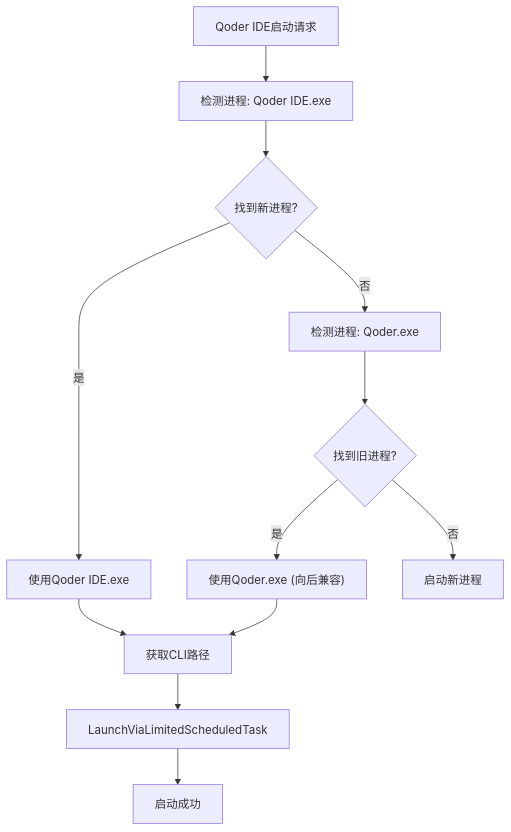
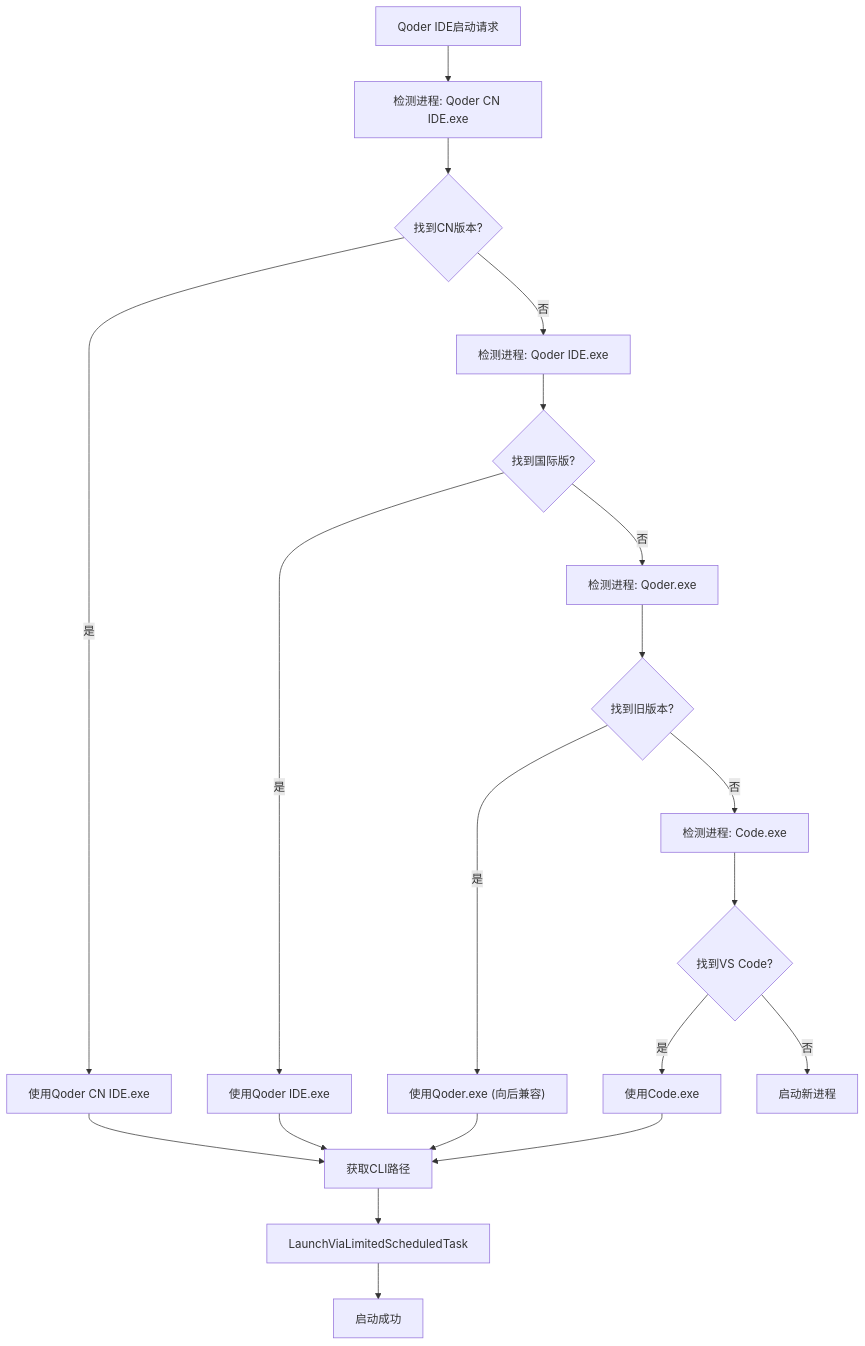
The fourth of 12 diagrams in .qoder/repowiki/zh/content/核心功能/应用程序控制.md (wangys-123doit/hotkey), drawn with Mermaid before and after one commit. The commit also changed other lines of this file and 4 other files, not shown here.

````diff
--- a/.qoder/repowiki/zh/content/核心功能/应用程序控制.md
+++ b/.qoder/repowiki/zh/content/核心功能/应用程序控制.md
@@ -268,14 +268,22 @@
 ```mermaid
 flowchart TD
-A["Qoder IDE启动请求"] --> B["检测进程: Qoder IDE.exe"]
-B --> C{"找到新进程?"}
-C --> |是| D["使用Qoder IDE.exe"]
-C --> |否| E["检测进程: Qoder.exe"]
-E --> F{"找到旧进程?"}
-F --> |是| G["使用Qoder.exe (向后兼容)"]
-F --> |否| H["启动新进程"]
-D --> I["获取CLI路径"]
-G --> I
-I --> J["LaunchViaLimitedScheduledTask"]
-J --> K["启动成功"]
+A["Qoder IDE启动请求"] --> B["检测进程: Qoder CN IDE.exe"]
+B --> C{"找到CN版本?"}
+C --> |是| D["使用Qoder CN IDE.exe"]
+C --> |否| E["检测进程: Qoder IDE.exe"]
+E --> F{"找到国际版?"}
+F --> |是| G["使用Qoder IDE.exe"]
+F --> |否| H["检测进程: Qoder.exe"]
+H --> I{"找到旧版本?"}
+I --> |是| J["使用Qoder.exe (向后兼容)"]
+I --> |否| K["检测进程: Code.exe"]
+K --> L{"找到VS Code?"}
+L --> |是| M["使用Code.exe"]
+L --> |否| N["启动新进程"]
+D --> O["获取CLI路径"]
+G --> O
+J --> O
+M --> O
+O --> P["LaunchViaLimitedScheduledTask"]
+P --> Q["启动成功"]
 ```
````
